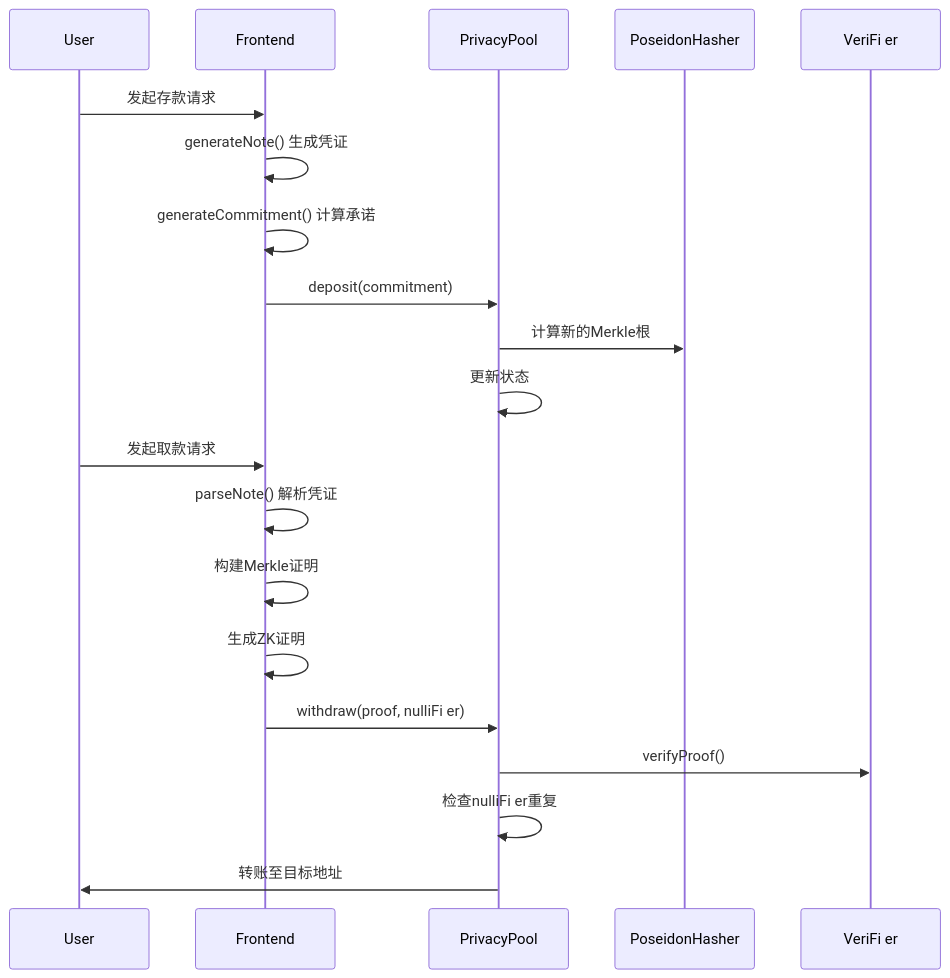
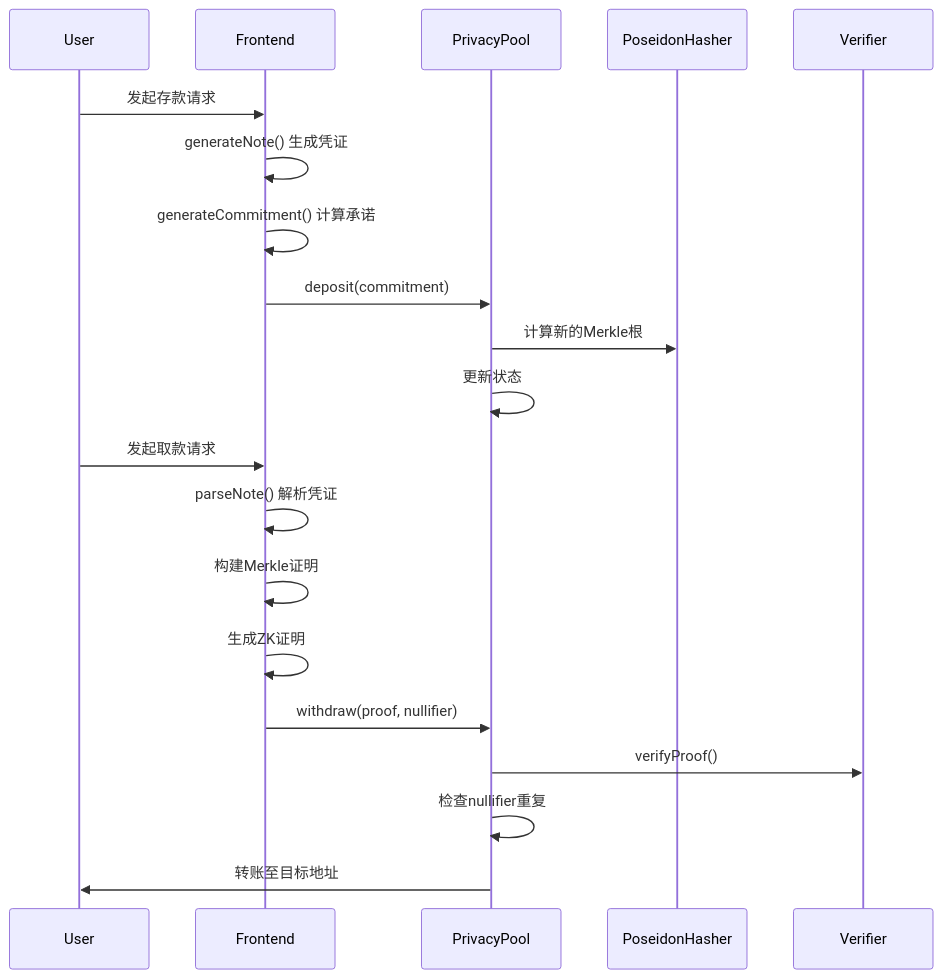
One commit to Wenbobobo/WhisperFi changed the second of 4 diagrams in README.md. Above: the diagram before and after it, drawn with Mermaid. The commit also changed other lines of this file and 25 other files, not shown here.

````diff
--- a/README.md
+++ b/README.md
@@ -63,24 +63,24 @@
 ```mermaid
 sequenceDiagram
     participant User
     participant Frontend
     participant PrivacyPool
     participant PoseidonHasher
-    participant VeriFi er
+    participant Verifier
   
     User->>Frontend: 发起存款请求
     Frontend->>Frontend: generateNote() 生成凭证
     Frontend->>Frontend: generateCommitment() 计算承诺
     Frontend->>PrivacyPool: deposit(commitment)
     PrivacyPool->>PoseidonHasher: 计算新的Merkle根
     PrivacyPool->>PrivacyPool: 更新状态
   
     User->>Frontend: 发起取款请求
     Frontend->>Frontend: parseNote() 解析凭证
     Frontend->>Frontend: 构建Merkle证明
     Frontend->>Frontend: 生成ZK证明
-    Frontend->>PrivacyPool: withdraw(proof, nulliFi er)
-    PrivacyPool->>VeriFi er: verifyProof()
-    PrivacyPool->>PrivacyPool: 检查nulliFi er重复
+    Frontend->>PrivacyPool: withdraw(proof, nullifier)
+    PrivacyPool->>Verifier: verifyProof()
+    PrivacyPool->>PrivacyPool: 检查nullifier重复
     PrivacyPool->>User: 转账至目标地址
 ```
````
